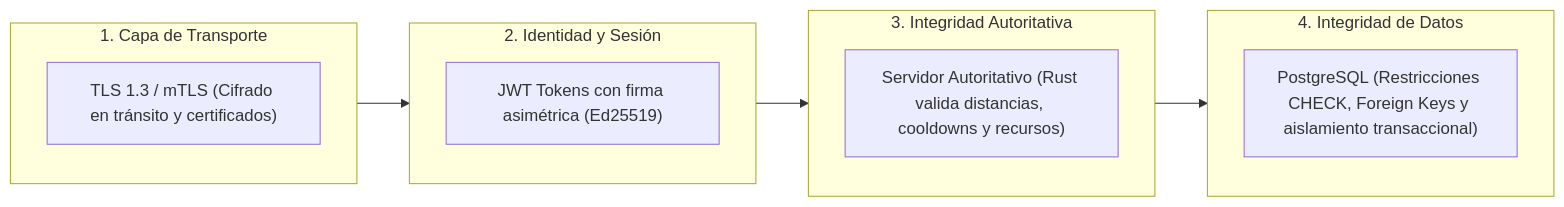
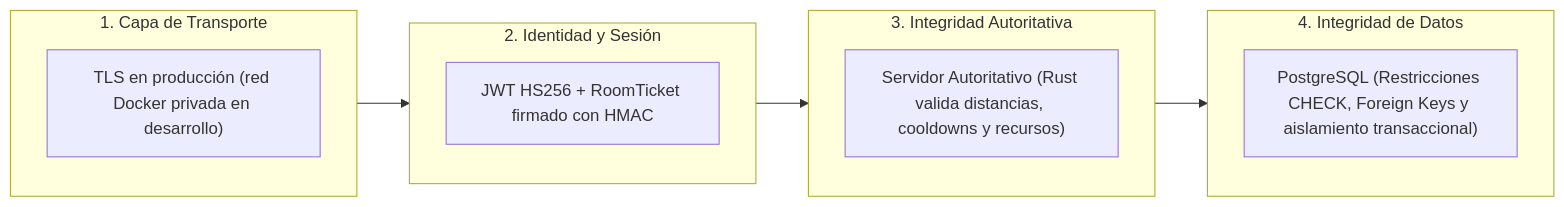
One commit to emiliofalconi/ecostream-3r changed the second of 3 diagrams in docs/ARQUITECTURA_Y_PLANIFICACION.md. Above: the diagram before and after it, drawn with Mermaid. The commit also changed other lines of this file and 2 other files, not shown here.

Commit message:
docs: unificar punto de entrada (DNS + LB cliente), cola acotada, Redis como cache, gracia 10s y contratos en planificacion, UML y gateways

````diff
--- a/docs/ARQUITECTURA_Y_PLANIFICACION.md
+++ b/docs/ARQUITECTURA_Y_PLANIFICACION.md
@@ -176,17 +153,17 @@
 ```mermaid
 flowchart LR
     subgraph CapaRed["1. Capa de Transporte"]
-        TLS["TLS 1.3 / mTLS (Cifrado en tránsito y certificados)"]
+        TLS["TLS en producción (red Docker privada en desarrollo)"]
     end
     subgraph CapaAuth["2. Identidad y Sesión"]
-        JWT["JWT Tokens con firma asimétrica (Ed25519)"]
+        JWT["JWT HS256 + RoomTicket firmado con HMAC"]
     end
     subgraph CapaLogica["3. Integridad Autoritativa"]
         ServerAuth["Servidor Autoritativo (Rust valida distancias, cooldowns y recursos)"]
     end
     subgraph CapaPersistencia["4. Integridad de Datos"]
         ACID["PostgreSQL (Restricciones CHECK, Foreign Keys y aislamiento transaccional)"]
     end
 
     CapaRed --> CapaAuth --> CapaLogica --> CapaPersistencia
 ```
````
